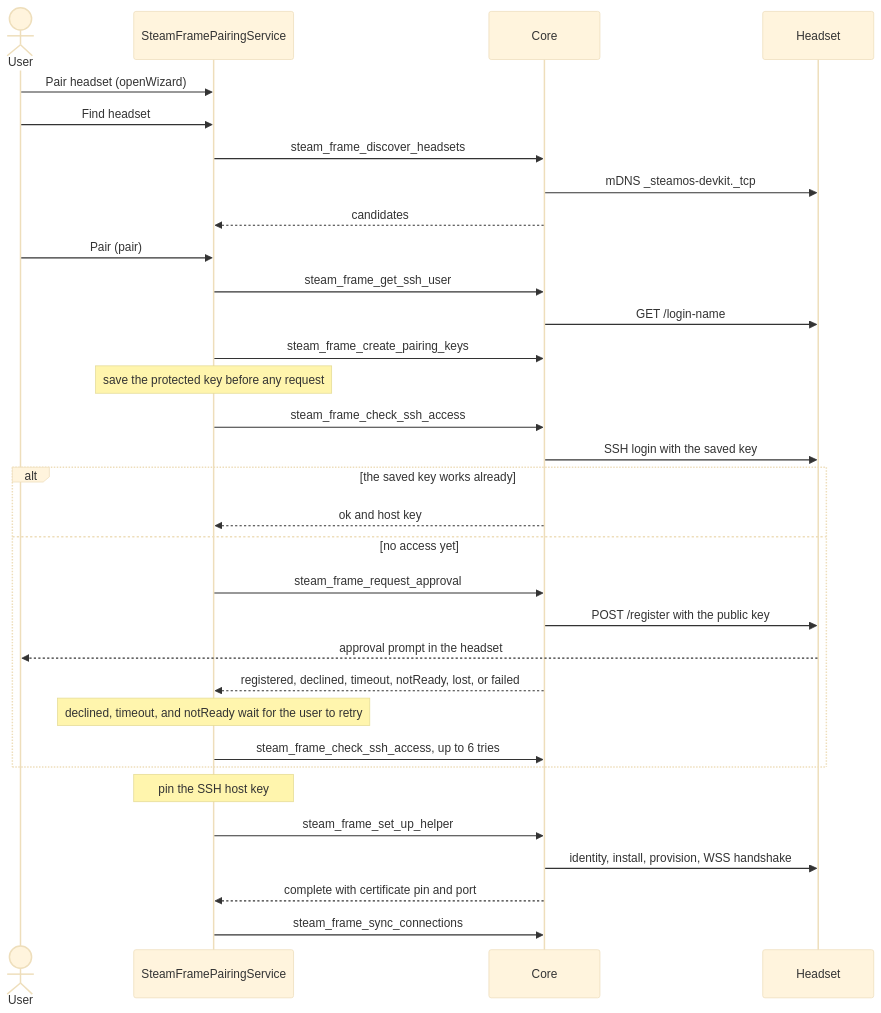
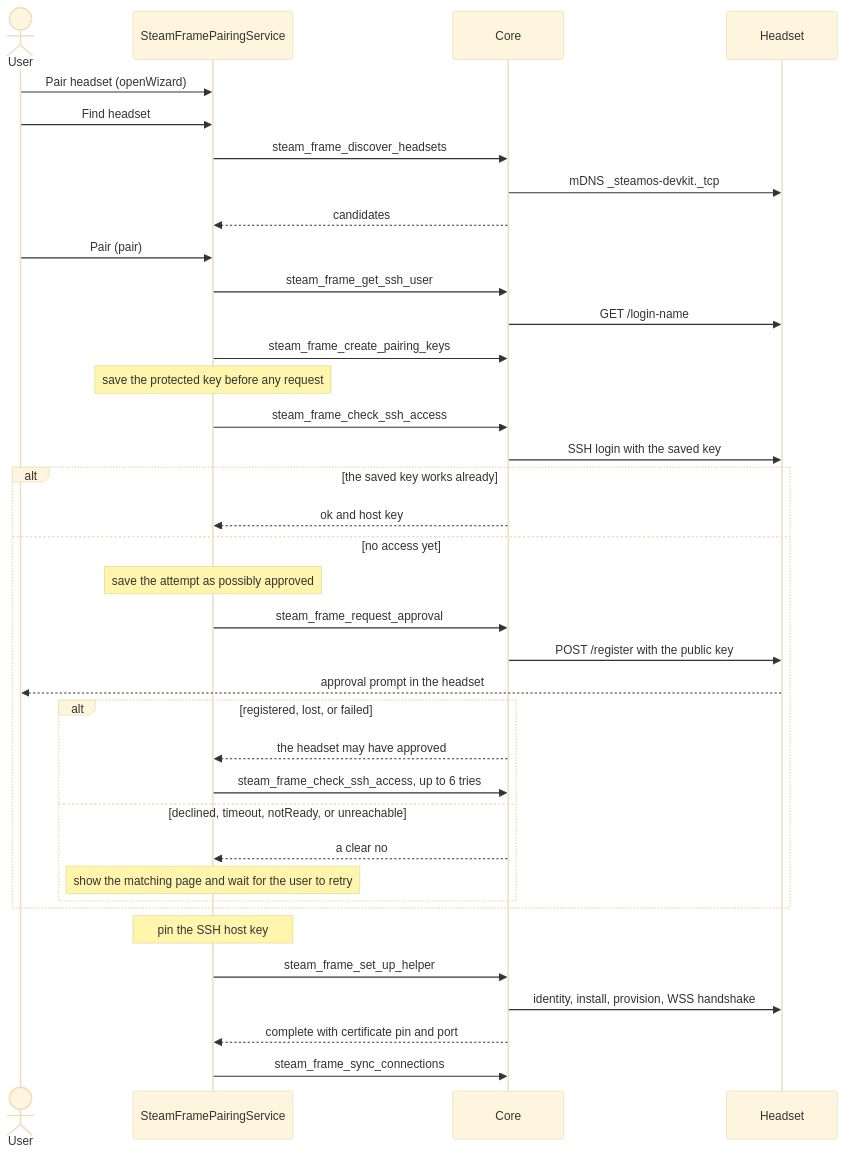
The second of 5 diagrams in docs/agents/steam-frame-pairing.md (Raphiiko/OyasumiVR), drawn with Mermaid (base theme) before and after one commit. The commit also changed other lines of this file and 5 other files, not shown here.

First line of the commit message:
fix(steam-frame): close gaps in the pairing wizard's recovery paths

````diff
--- a/docs/agents/steam-frame-pairing.md
+++ b/docs/agents/steam-frame-pairing.md
@@ -55,35 +55,40 @@
 ```mermaid
 sequenceDiagram
   actor User
   participant S as SteamFramePairingService
   participant C as Core
   participant H as Headset
 
   User->>S: Pair headset (openWizard)
   User->>S: Find headset
   S->>C: steam_frame_discover_headsets
   C->>H: mDNS _steamos-devkit._tcp
   C-->>S: candidates
   User->>S: Pair (pair)
   S->>C: steam_frame_get_ssh_user
   C->>H: GET /login-name
   S->>C: steam_frame_create_pairing_keys
   Note over S: save the protected key before any request
   S->>C: steam_frame_check_ssh_access
   C->>H: SSH login with the saved key
   alt the saved key works already
     C-->>S: ok and host key
   else no access yet
+    Note over S: save the attempt as possibly approved
     S->>C: steam_frame_request_approval
     C->>H: POST /register with the public key
     H-->>User: approval prompt in the headset
-    C-->>S: registered, declined, timeout, notReady, lost, or failed
-    Note over S: declined, timeout, and notReady wait for the user to retry
-    S->>C: steam_frame_check_ssh_access, up to 6 tries
+    alt registered, lost, or failed
+      C-->>S: the headset may have approved
+      S->>C: steam_frame_check_ssh_access, up to 6 tries
+    else declined, timeout, notReady, or unreachable
+      C-->>S: a clear no
+      Note over S: show the matching page and wait for the user to retry
+    end
   end
   Note over S: pin the SSH host key
   S->>C: steam_frame_set_up_helper
   C->>H: identity, install, provision, WSS handshake
   C-->>S: complete with certificate pin and port
   S->>C: steam_frame_sync_connections
 ```
````
